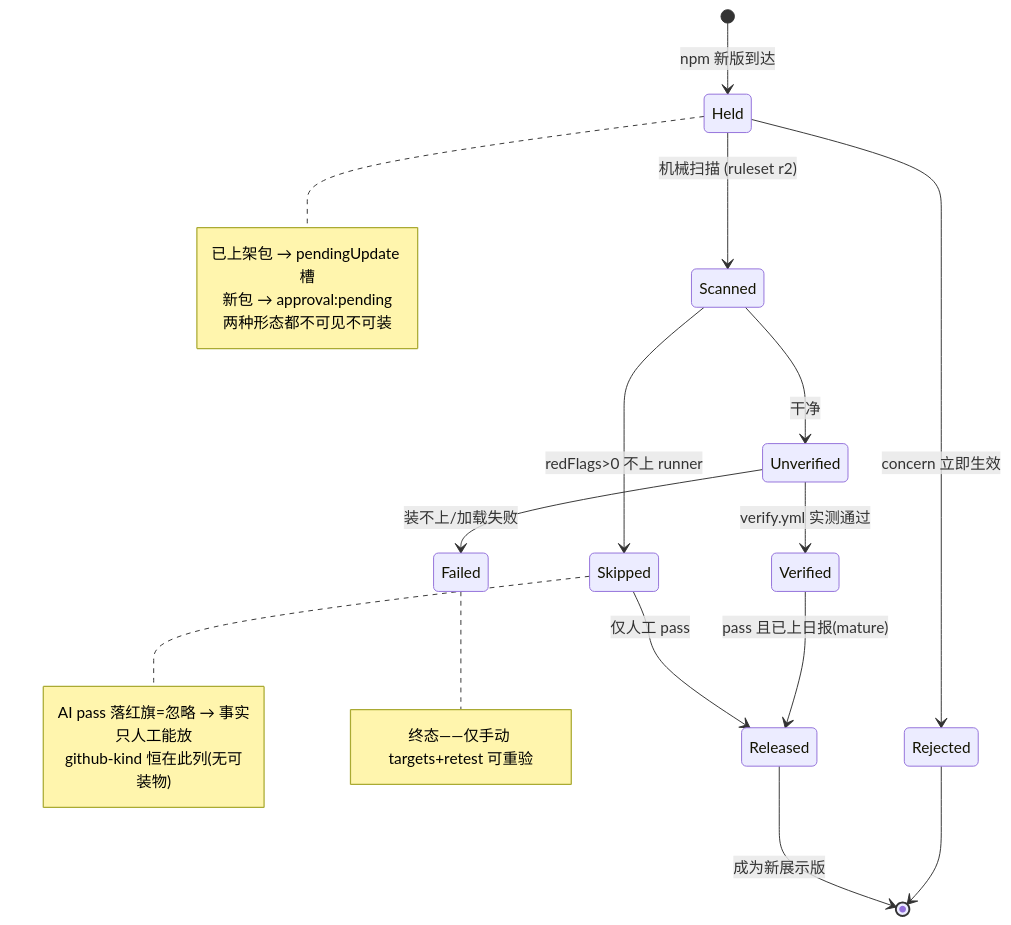
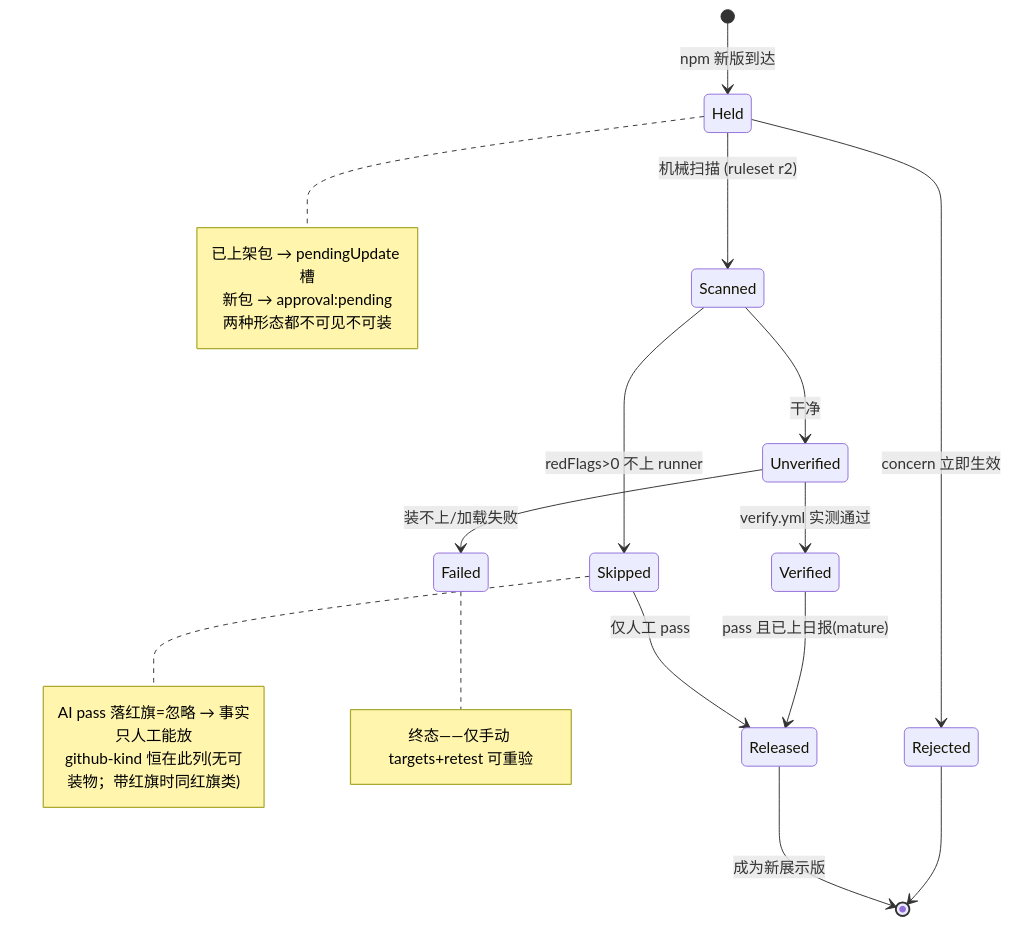
One commit to awesome-market/awesome-opencode-market changed the eighth of 11 diagrams in docs/DATA-FLOWS.md. Above: the diagram before and after it, drawn with Mermaid. The commit also changed other lines of this file, not shown here.

First line of the commit message:
sync DATA-FLOWS with the github-kind evidence gate + codeload scan

````diff
--- a/docs/DATA-FLOWS.md
+++ b/docs/DATA-FLOWS.md
@@ -461,26 +476,26 @@
 ```mermaid
 stateDiagram-v2
   [*] --> Held: npm 新版到达
   note right of Held
     已上架包 → pendingUpdate 槽
     新包 → approval:pending
     两种形态都不可见不可装
   end note
   Held --> Scanned: 机械扫描 (ruleset r2)
   Scanned --> Skipped: redFlags>0 不上 runner
   Scanned --> Unverified: 干净
   Unverified --> Verified: verify.yml 实测通过
   Unverified --> Failed: 装不上/加载失败
   Verified --> Released: pass 且已上日报(mature)
   Skipped --> Released: 仅人工 pass
   Held --> Rejected: concern 立即生效
   Rejected --> [*]
   Released --> [*]: 成为新展示版
   note right of Skipped
     AI pass 落红旗=忽略 → 事实只人工能放
-    github-kind 恒在此列(无可装物)
+    github-kind 恒在此列(无可装物；带红旗时同红旗类)
   end note
   note right of Failed
     终态——仅手动 targets+retest 可重验
   end note
 ```
````
